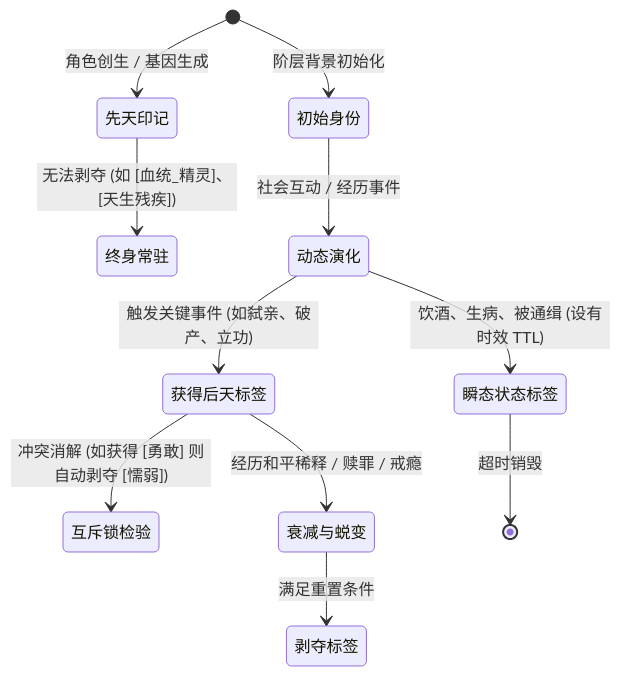
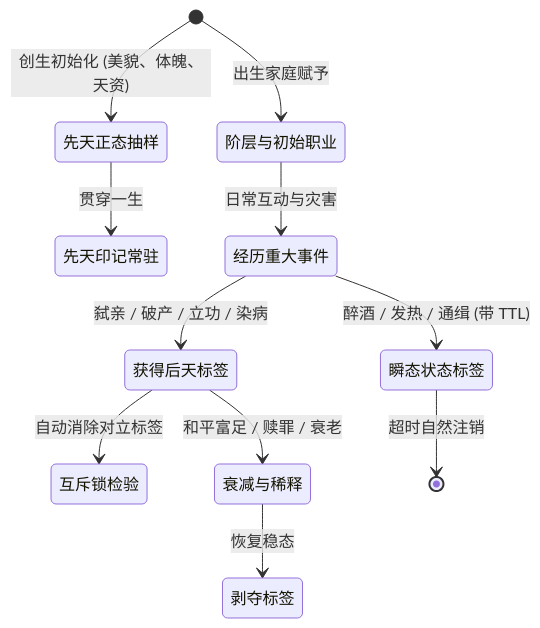
The diagram in docs/NPC_TAG_DATABASE.md (ghfcyu/autonomous-npc-agent), drawn with Mermaid before and after one commit. The commit also changed other lines of this file and 1 other file, not shown here.

````diff
--- a/docs/NPC_TAG_DATABASE.md
+++ b/docs/NPC_TAG_DATABASE.md
@@ -41,17 +210,17 @@
 ```mermaid
 stateDiagram-v2
-    [*] --> 先天印记: 角色创生 / 基因生成
-    [*] --> 初始身份: 阶层背景初始化
+    [*] --> 先天正态抽样: 创生初始化 (美貌、体魄、天资)
+    先天正态抽样 --> 先天印记常驻: 贯穿一生
     
-    先天印记 --> 终身常驻: 无法剥夺 (如 [血统_精灵]、[天生残疾])
-    初始身份 --> 动态演化: 社会互动 / 经历事件
+    [*] --> 阶层与初始职业: 出生家庭赋予
+    阶层与初始职业 --> 经历重大事件: 日常互动与灾害
     
-    动态演化 --> 获得后天标签: 触发关键事件 (如弑亲、破产、立功)
-    获得后天标签 --> 互斥锁检验: 冲突消解 (如获得 [勇敢] 则自动剥夺 [懦弱])
+    经历重大事件 --> 获得后天标签: 弑亲 / 破产 / 立功 / 染病
+    获得后天标签 --> 互斥锁检验: 自动消除对立标签
     
-    获得后天标签 --> 衰减与蜕变: 经历和平稀释 / 赎罪 / 戒瘾
-    衰减与蜕变 --> 剥夺标签: 满足重置条件
+    获得后天标签 --> 衰减与稀释: 和平富足 / 赎罪 / 衰老
+    衰减与稀释 --> 剥夺标签: 恢复稳态
     
-    动态演化 --> 瞬态状态标签: 饮酒、生病、被通缉 (设有时效 TTL)
-    瞬态状态标签 --> [*]: 超时销毁
+    经历重大事件 --> 瞬态状态标签: 醉酒 / 发热 / 通缉 (带 TTL)
+    瞬态状态标签 --> [*]: 超时自然注销
 ```
````
